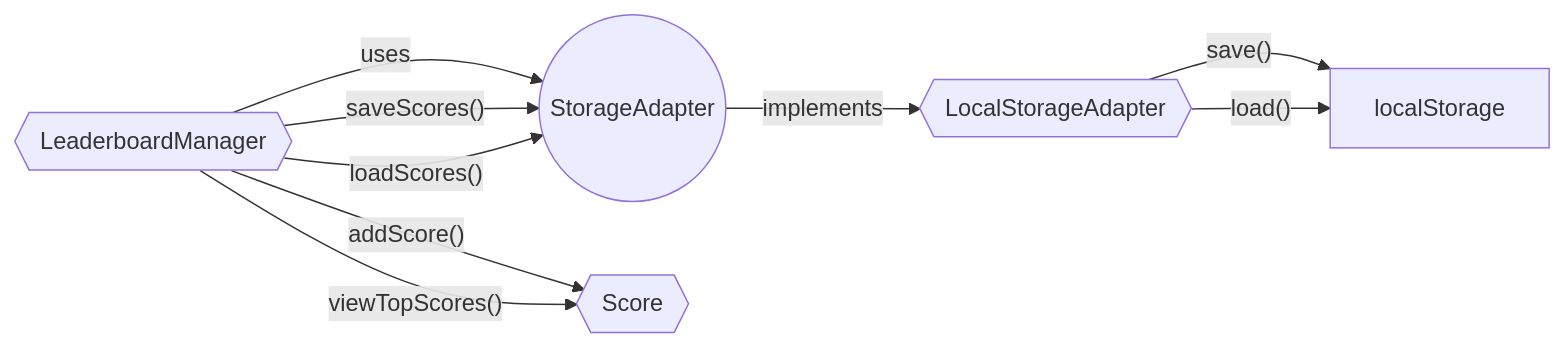
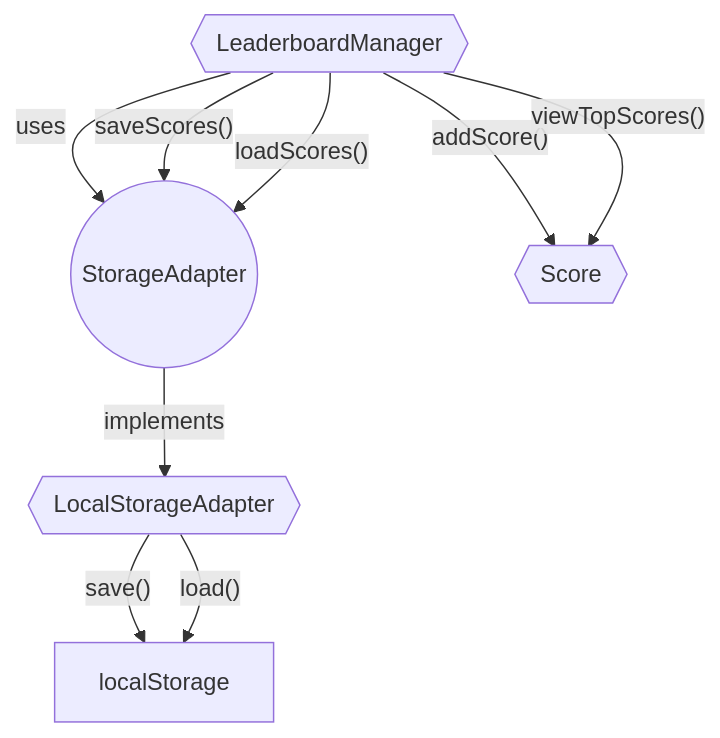
Before and after one commit to huynhtrankhanh/Crusgkeo: the third of 6 diagrams in README.md, drawn with Mermaid.

Commit message:
Improve display of diagrams

````diff
--- a/README.md
+++ b/README.md
@@ -159,15 +159,15 @@
 ```mermaid
-flowchart LR
+flowchart TD
 StorageAdapter((StorageAdapter)) -- "implements" --> LocalStorageAdapter
 LocalStorageAdapter{{LocalStorageAdapter}} -- "save()" --> localStorage
 LocalStorageAdapter -- "load()" --> localStorage
 
 LeaderboardManager{{LeaderboardManager}} -- "uses" --> StorageAdapter
 LeaderboardManager -- "saveScores()" --> StorageAdapter
 LeaderboardManager -- "loadScores()" --> StorageAdapter
 
 Score{{Score}}
 
 LeaderboardManager -- "addScore()" --> Score
 LeaderboardManager -- "viewTopScores()" --> Score
 ```
````
